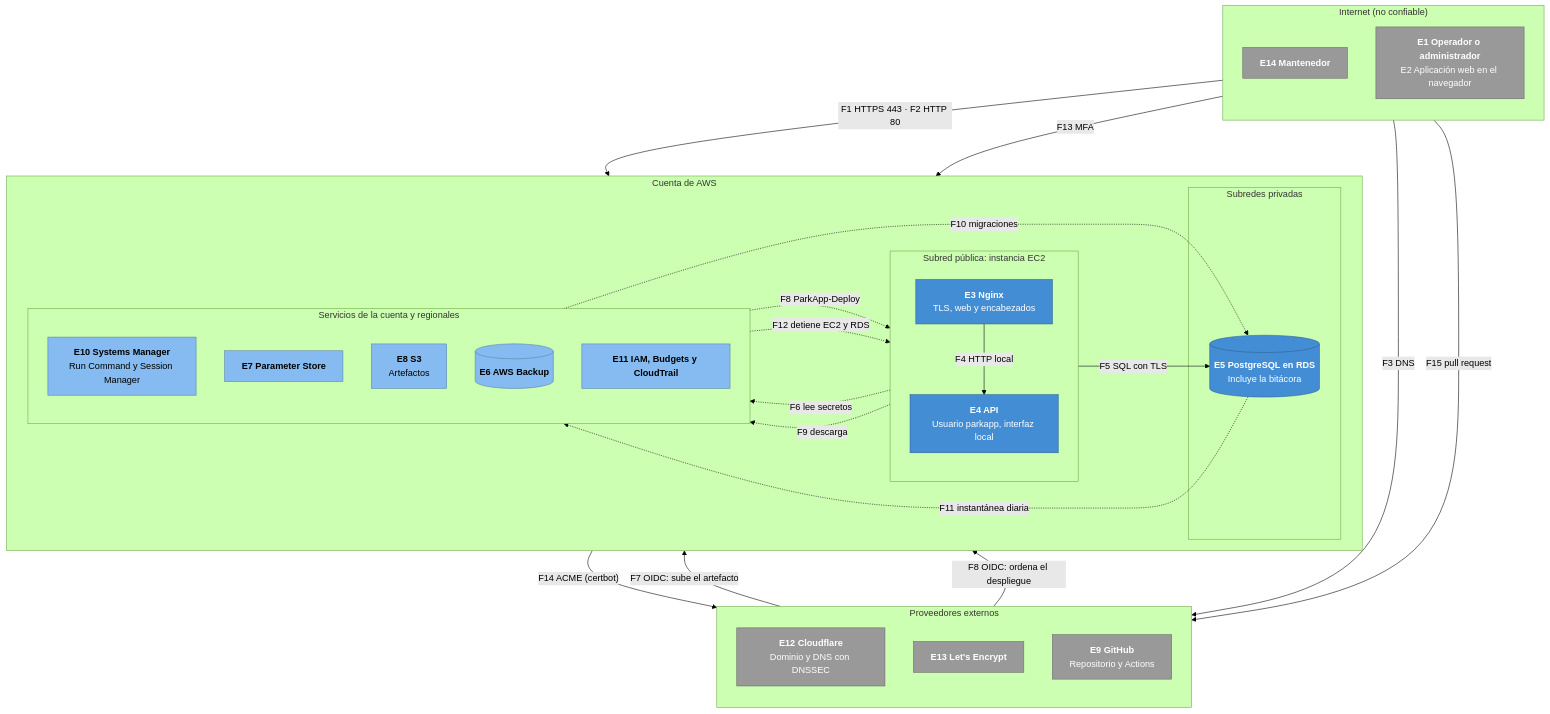
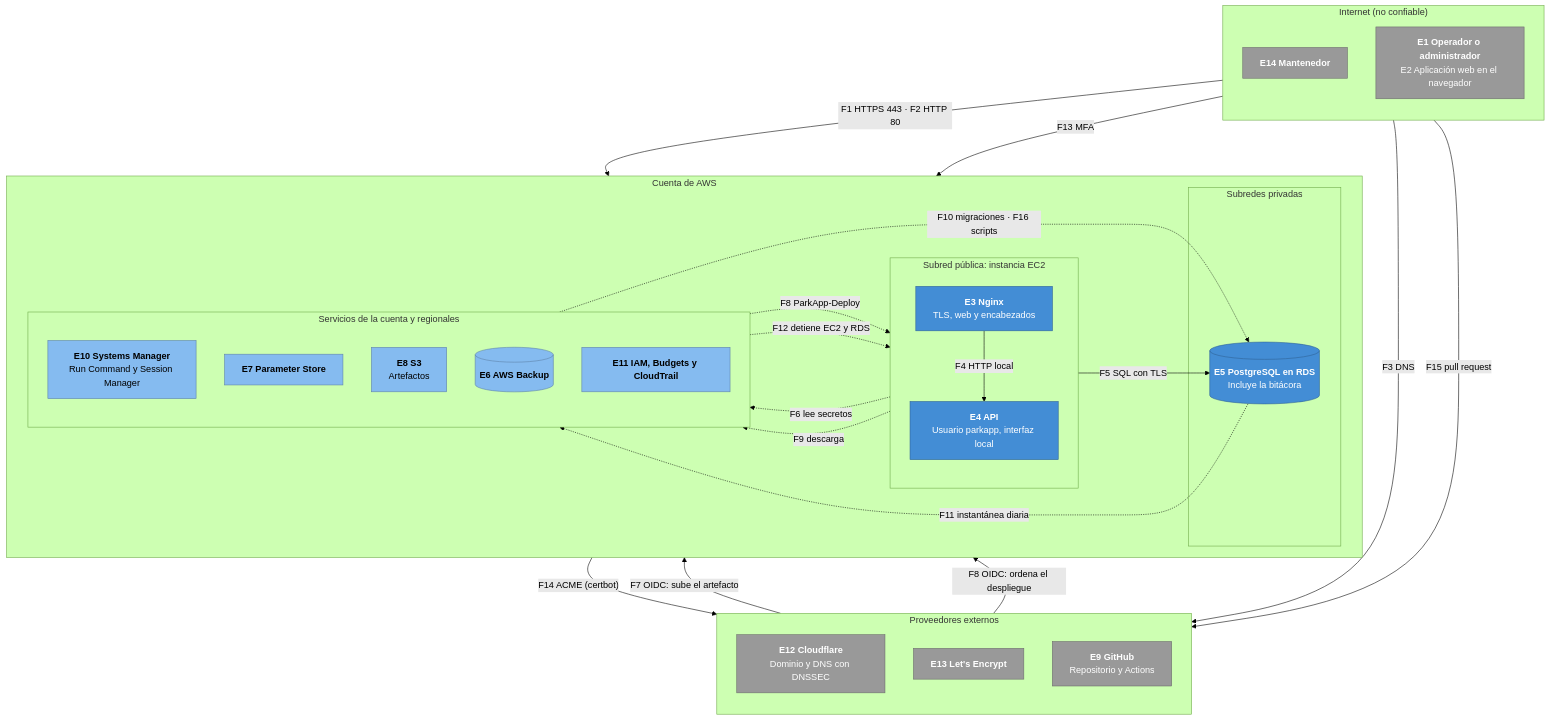
Before and after one commit to wrafael91/parkapp: the diagram in docs/modelo-amenazas.md, drawn with Mermaid (forest theme). The commit also changed other lines of this file and 6 other files, not shown here.

````diff
--- a/docs/modelo-amenazas.md
+++ b/docs/modelo-amenazas.md
@@ -107,58 +108,58 @@
 ```mermaid
 flowchart TB
     subgraph internet["Internet (no confiable)"]
         direction TB
         mant["<b>E14 Mantenedor</b>"]
         usuario["<b>E1 Operador o administrador</b><br/>E2 Aplicación web en el navegador"]
     end
 
     subgraph externos["Proveedores externos"]
         direction TB
         cf["<b>E12 Cloudflare</b><br/>Dominio y DNS con DNSSEC"]
         le["<b>E13 Let's Encrypt</b>"]
         gh["<b>E9 GitHub</b><br/>Repositorio y Actions"]
     end
 
     subgraph aws["Cuenta de AWS"]
         direction LR
         subgraph pub["Subred pública: instancia EC2"]
             direction TB
             nginx["<b>E3 Nginx</b><br/>TLS, web y encabezados"]
             api["<b>E4 API</b><br/>Usuario parkapp, interfaz local"]
         end
         subgraph priv["Subredes privadas"]
             db[("<b>E5 PostgreSQL en RDS</b><br/>Incluye la bitácora")]
         end
         subgraph control["Servicios de la cuenta y regionales"]
             direction TB
             ssm["<b>E10 Systems Manager</b><br/>Run Command y Session Manager"]
             ps["<b>E7 Parameter Store</b>"]
             s3["<b>E8 S3</b><br/>Artefactos"]
             bk[("<b>E6 AWS Backup</b>")]
             iam["<b>E11 IAM, Budgets y CloudTrail</b>"]
         end
     end
 
     usuario -- "F1 HTTPS 443 · F2 HTTP 80" --> nginx
     usuario -- "F3 DNS" --> cf
     nginx -- "F4 HTTP local" --> api
     api -- "F5 SQL con TLS" --> db
     api -. "F6 lee secretos" .-> ps
     gh -- "F7 OIDC: sube el artefacto" --> s3
     gh -- "F8 OIDC: ordena el despliegue" --> ssm
     ssm -. "F8 ParkApp-Deploy" .-> api
     pub -. "F9 descarga" .-> s3
-    ssm -. "F10 migraciones" .-> db
+    ssm -. "F10 migraciones · F16 scripts" .-> db
     db -. "F11 instantánea diaria" .-> bk
     iam -. "F12 detiene EC2 y RDS" .-> pub
     mant -- "F13 MFA" --> iam
     mant -- "F15 pull request" --> gh
     nginx -- "F14 ACME (certbot)" --> le
 
     classDef ext fill:#999999,stroke:#6b6b6b,color:#ffffff
     classDef comp fill:#438dd5,stroke:#2e6295,color:#ffffff
     classDef svc fill:#85bbf0,stroke:#5d82a8,color:#000000
     class usuario,mant,cf,le,gh ext
     class nginx,api,db comp
     class ssm,ps,s3,bk,iam svc
 ```
````
